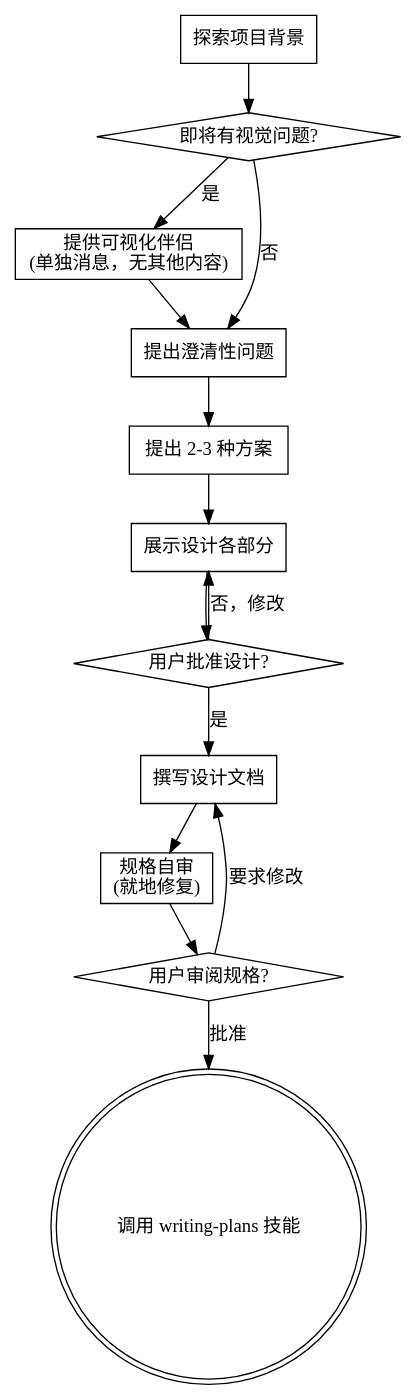
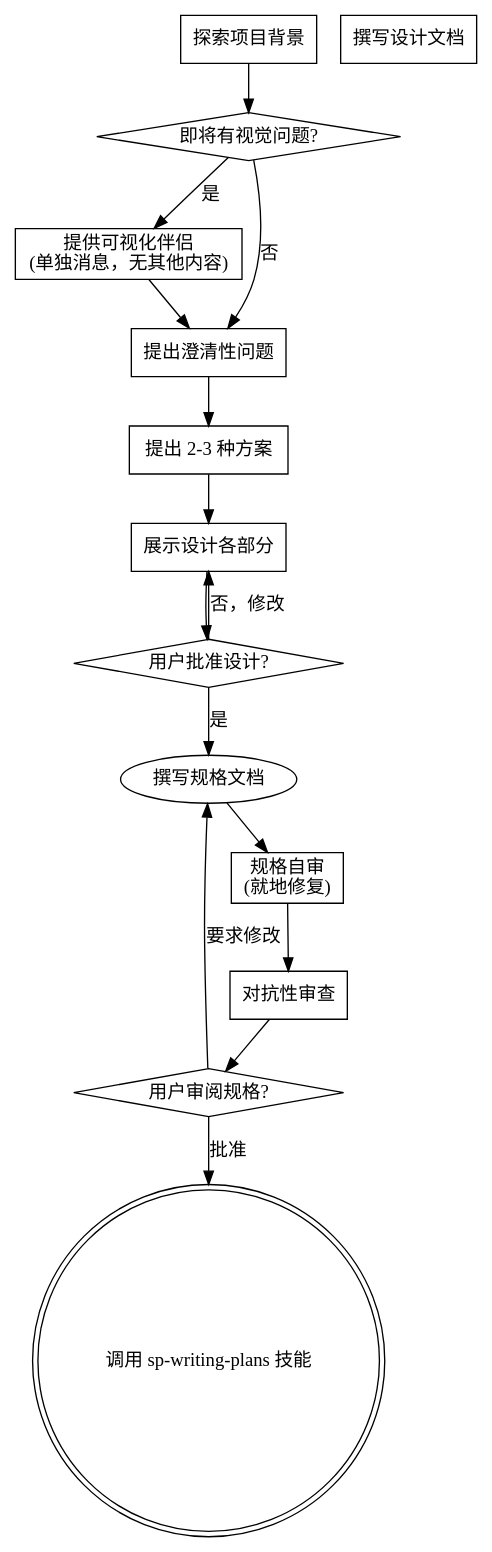
One commit to shf0615/comm_route_new changed the diagram in .claude/skills/sp-brainstorming/SKILL.md. Above: the diagram before and after it, drawn with Graphviz. The commit also changed other lines of this file, not shown here.

````diff
--- a/.claude/skills/sp-brainstorming/SKILL.md
+++ b/.claude/skills/sp-brainstorming/SKILL.md
@@ -31,29 +37,31 @@
 ```dot
 digraph brainstorming {
     "探索项目背景" [shape=box];
     "即将有视觉问题?" [shape=diamond];
     "提供可视化伴侣\n(单独消息，无其他内容)" [shape=box];
     "提出澄清性问题" [shape=box];
     "提出 2-3 种方案" [shape=box];
     "展示设计各部分" [shape=box];
     "用户批准设计?" [shape=diamond];
     "撰写设计文档" [shape=box];
     "规格自审\n(就地修复)" [shape=box];
+    "对抗性审查" [shape=box];
     "用户审阅规格?" [shape=diamond];
-    "调用 writing-plans 技能" [shape=doublecircle];
+    "调用 sp-writing-plans 技能" [shape=doublecircle];
 
     "探索项目背景" -> "即将有视觉问题?";
     "即将有视觉问题?" -> "提供可视化伴侣\n(单独消息，无其他内容)" [label="是"];
     "即将有视觉问题?" -> "提出澄清性问题" [label="否"];
     "提供可视化伴侣\n(单独消息，无其他内容)" -> "提出澄清性问题";
     "提出澄清性问题" -> "提出 2-3 种方案";
     "提出 2-3 种方案" -> "展示设计各部分";
     "展示设计各部分" -> "用户批准设计?";
     "用户批准设计?" -> "展示设计各部分" [label="否，修改"];
-    "用户批准设计?" -> "撰写设计文档" [label="是"];
-    "撰写设计文档" -> "规格自审\n(就地修复)";
-    "规格自审\n(就地修复)" -> "用户审阅规格?";
-    "用户审阅规格?" -> "撰写设计文档" [label="要求修改"];
-    "用户审阅规格?" -> "调用 writing-plans 技能" [label="批准"];
+    "用户批准设计?" -> "撰写规格文档" [label="是"];
+    "撰写规格文档" -> "规格自审\n(就地修复)";
+    "规格自审\n(就地修复)" -> "对抗性审查";
+    "对抗性审查" -> "用户审阅规格?";
+    "用户审阅规格?" -> "撰写规格文档" [label="要求修改"];
+    "用户审阅规格?" -> "调用 sp-writing-plans 技能" [label="批准"];
 }
 ```
````
